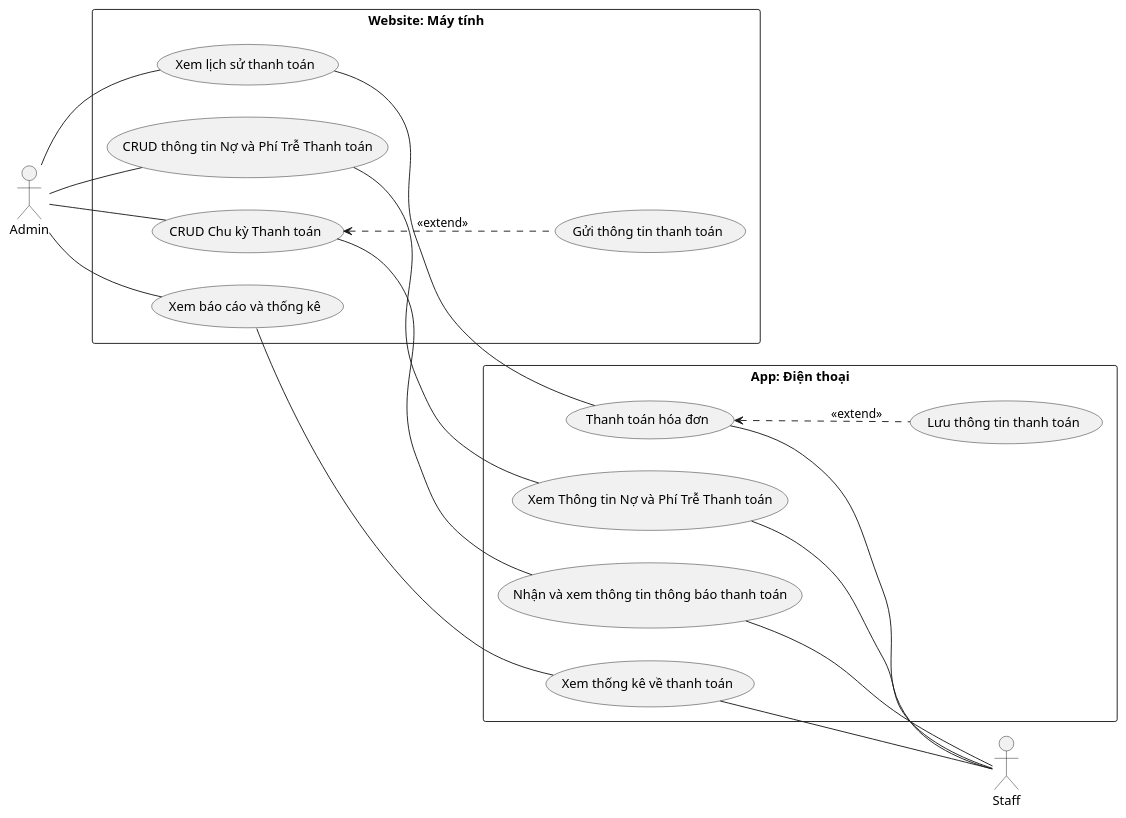
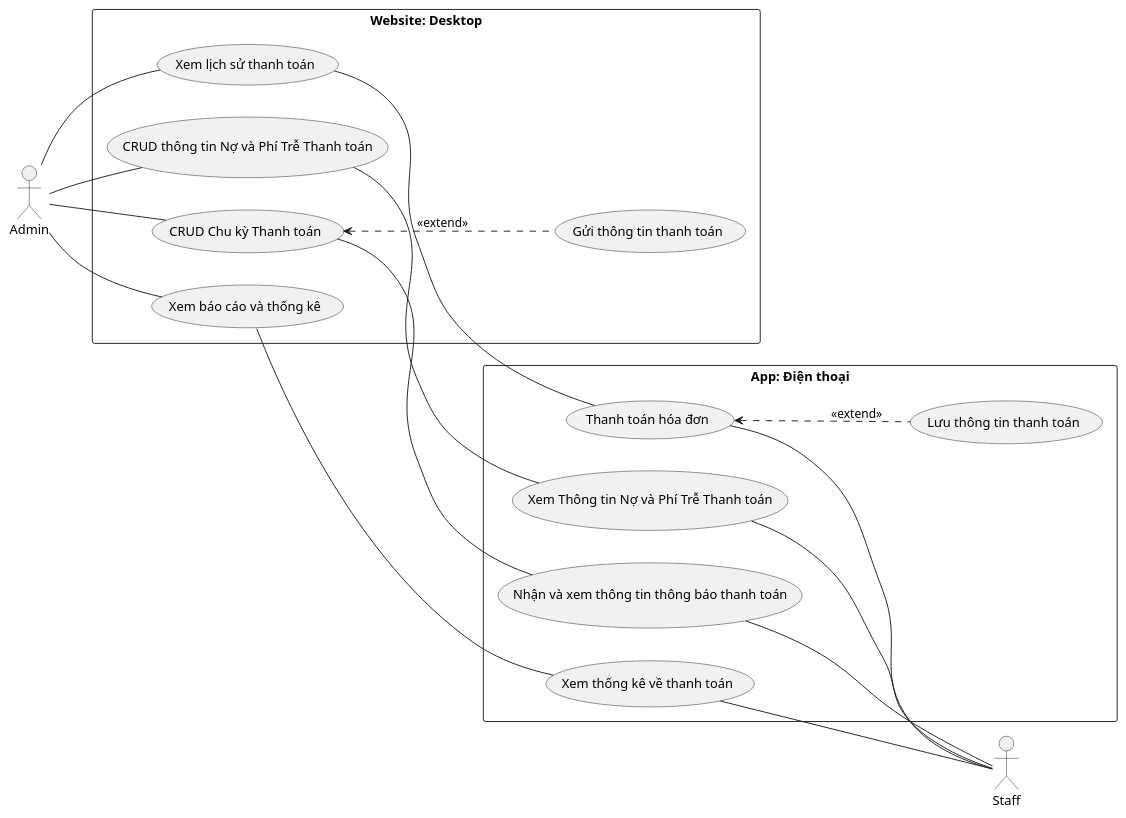
One commit to QuickyBooster/SE357-Pratice-class changed the diagram in Lab1/Lab1.2/Usecase/Quản lý thanh toán.plantuml. Above: the diagram before and after it, drawn with PlantUML. The commit also changed 4 other files, not shown here.

Commit message:
thuyduong plantuml use case: quản lý ra vào

```diff
--- a/Lab1/Lab1.2/Usecase/Quản lý thanh toán.plantuml
+++ b/Lab1/Lab1.2/Usecase/Quản lý thanh toán.plantuml
@@ -1,37 +1,37 @@
 @startuml
 left to right direction
 
 actor Admin as C
 actor Staff as S
-rectangle "Website: Máy tính" {
+rectangle "Website: Desktop" {
   usecase (Xem lịch sử thanh toán) as UC1
   usecase (CRUD thông tin Nợ và Phí Trễ Thanh toán) as UC2
   usecase (CRUD Chu kỳ Thanh toán) as UC3
     (UC3)<..(Gửi thông tin thanh toán):<<extend>>
   usecase (Xem báo cáo và thống kê) as UC4
 }
 
 rectangle "App: Điện thoại" {
   usecase "Thanh toán hóa đơn" as UC5
     (UC5)<..(Lưu thông tin thanh toán):<<extend>>
   usecase "Xem Thông tin Nợ và Phí Trễ Thanh toán" as UC6
   usecase "Nhận và xem thông tin thông báo thanh toán" as UC7
   usecase "Xem thống kê về thanh toán" as UC8
   
 }
 
 C -- UC1
 C -- UC2
 C -- UC3
 C -- UC4
 UC5 -- S
 UC6 -- S
 UC7 -- S
 UC8 -- S
 UC1 -- UC5
 UC2 -- UC6
 UC3 -- UC7
 UC4 -- UC8
 
 
 @enduml
```
